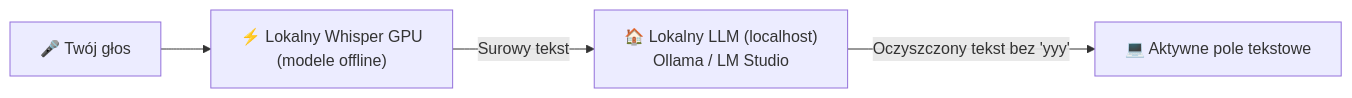
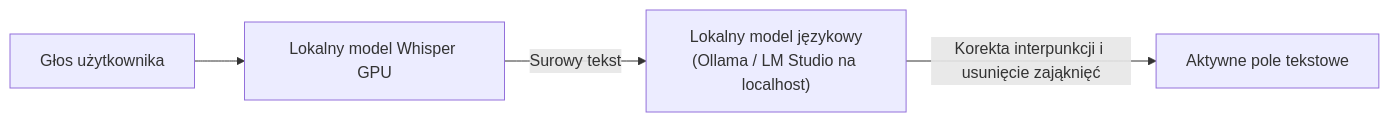
One commit to sooony/Whiscribe changed the second of 3 diagrams in README.md. Above: the diagram before and after it, drawn with Mermaid. The commit also changed other lines of this file and 1 other file, not shown here.

````diff
--- a/README.md
+++ b/README.md
@@ -57,6 +52,6 @@
 ```mermaid
 flowchart LR
-    A["🎤 Twój głos"] --> B["⚡ Lokalny Whisper GPU<br/>(modele offline)"]
-    B -->|"Surowy tekst"| C["🏠 Lokalny LLM (localhost)<br/>Ollama / LM Studio"]
-    C -->|"Oczyszczony tekst bez 'yyy'"| D["💻 Aktywne pole tekstowe"]
+    A["Głos użytkownika"] --> B["Lokalny model Whisper GPU"]
+    B -->|"Surowy tekst"| C["Lokalny model językowy<br/>(Ollama / LM Studio na localhost)"]
+    C -->|"Korekta interpunkcji i usunięcie zająknięć"| D["Aktywne pole tekstowe"]
 ```
````
